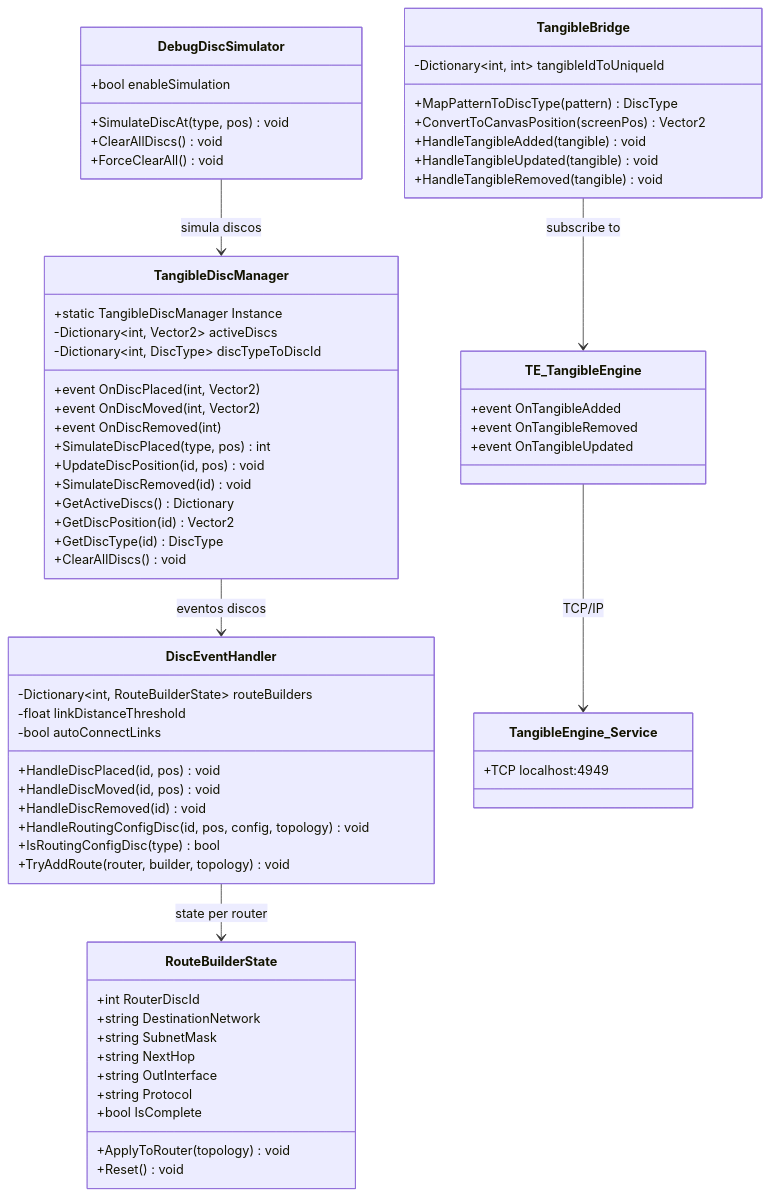
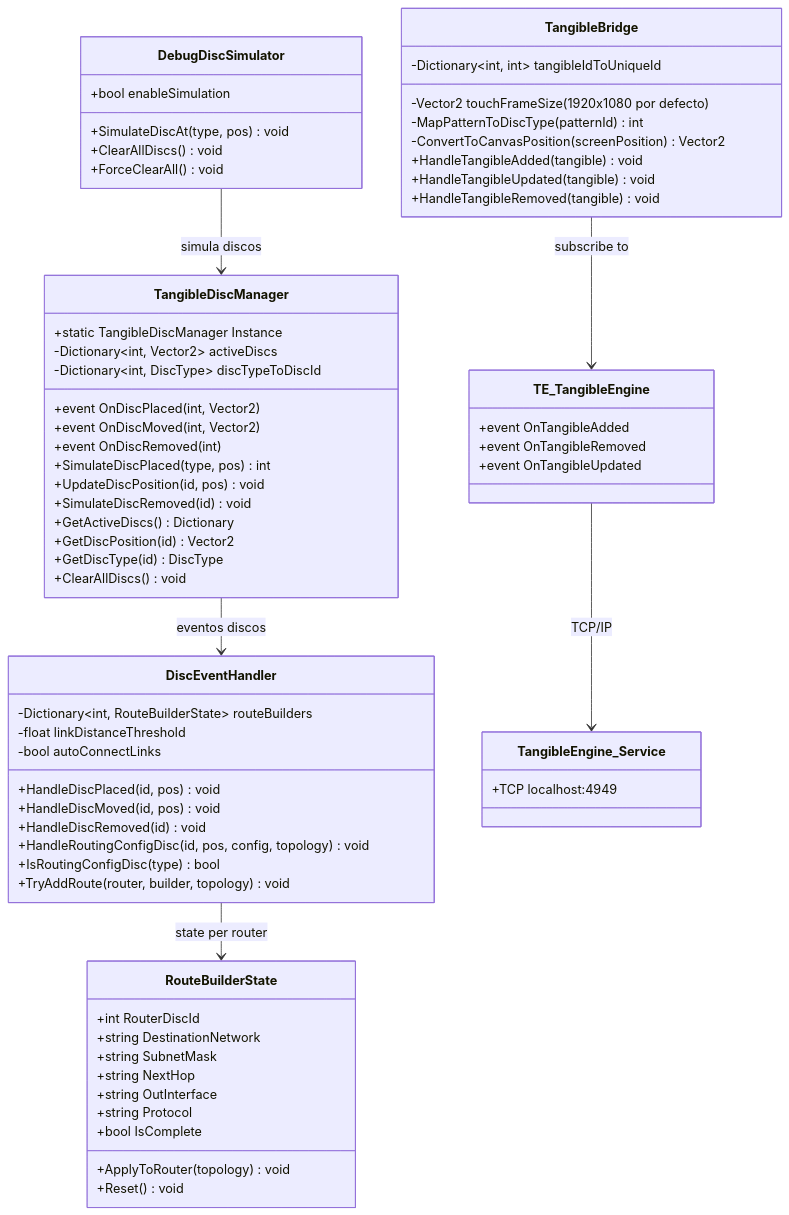
Before and after one commit to Josmarinr/ProyectoGI_SimuladorRedesIDEUM: the diagram in docs/diagrams/mermaid/03-class-tangible.md, drawn with Mermaid. The commit also changed other lines of this file and 28 other files, not shown here.

````diff
--- a/docs/diagrams/mermaid/03-class-tangible.md
+++ b/docs/diagrams/mermaid/03-class-tangible.md
@@ -5,74 +5,75 @@
 ```mermaid
 classDiagram
     class TangibleDiscManager {
         +static TangibleDiscManager Instance
         -Dictionary~int, Vector2~ activeDiscs
         -Dictionary~int, DiscType~ discTypeToDiscId
         +event OnDiscPlaced(int, Vector2)
         +event OnDiscMoved(int, Vector2)
         +event OnDiscRemoved(int)
         +SimulateDiscPlaced(type, pos) int
         +UpdateDiscPosition(id, pos) void
         +SimulateDiscRemoved(id) void
         +GetActiveDiscs() Dictionary
         +GetDiscPosition(id) Vector2
         +GetDiscType(id) DiscType
         +ClearAllDiscs() void
     }
 
     class TangibleBridge {
         -Dictionary~int, int~ tangibleIdToUniqueId
-        +MapPatternToDiscType(pattern) DiscType
-        +ConvertToCanvasPosition(screenPos) Vector2
+        -Vector2 touchFrameSize (1920x1080 por defecto)
+        -MapPatternToDiscType(patternId) int
+        -ConvertToCanvasPosition(screenPosition) Vector2
         +HandleTangibleAdded(tangible) void
         +HandleTangibleUpdated(tangible) void
         +HandleTangibleRemoved(tangible) void
     }
 
     class DiscEventHandler {
         -Dictionary~int, RouteBuilderState~ routeBuilders
         -float linkDistanceThreshold
         -bool autoConnectLinks
         +HandleDiscPlaced(id, pos) void
         +HandleDiscMoved(id, pos) void
         +HandleDiscRemoved(id) void
         +HandleRoutingConfigDisc(id, pos, config, topology) void
         +IsRoutingConfigDisc(type) bool
         +TryAddRoute(router, builder, topology) void
     }
 
     class RouteBuilderState {
         +int RouterDiscId
         +string DestinationNetwork
         +string SubnetMask
         +string NextHop
         +string OutInterface
         +string Protocol
         +bool IsComplete
         +ApplyToRouter(topology) void
         +Reset() void
     }
 
     class DebugDiscSimulator {
         +bool enableSimulation
         +SimulateDiscAt(type, pos) void
         +ClearAllDiscs() void
         +ForceClearAll() void
     }
 
     class TE_TangibleEngine {
         +event OnTangibleAdded
         +event OnTangibleRemoved
         +event OnTangibleUpdated
     }
 
     class TangibleEngine_Service {
         +TCP localhost:4949
     }
 
     TangibleBridge --> TE_TangibleEngine : subscribe to
     TE_TangibleEngine --> TangibleEngine_Service : TCP/IP
     TangibleDiscManager --> DiscEventHandler : eventos discos
     DiscEventHandler --> RouteBuilderState : state per router
     DebugDiscSimulator --> TangibleDiscManager : simula discos
 ```
````
